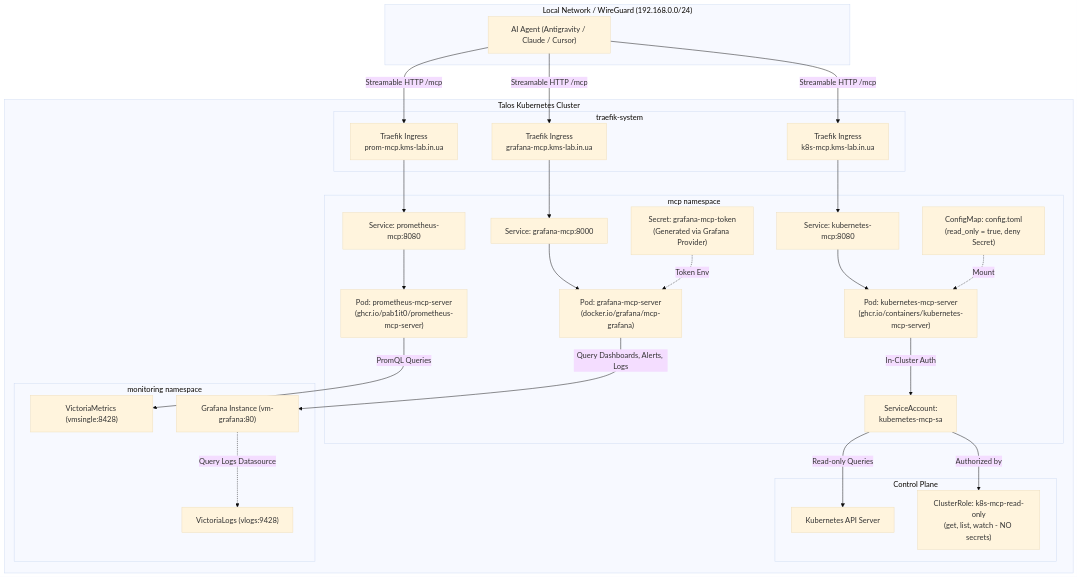
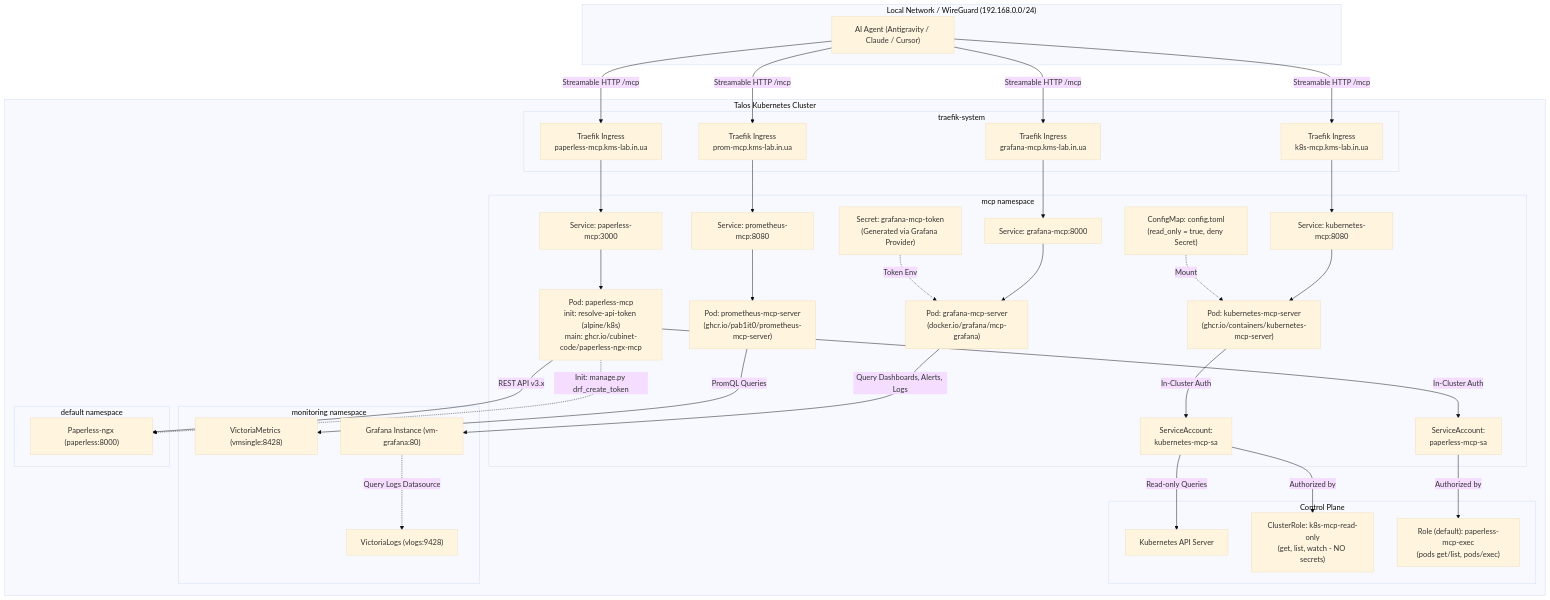
One commit to reidMaks/test changed the diagram in docs/architecture/032-in-cluster-mcp-servers.md. Above: the diagram before and after it, drawn with Mermaid (base theme). The commit also changed other lines of this file and 8 other files, not shown here.

Commit message:
feat(paperless): add in-cluster MCP server and limit OCR threads to prevent OOM

````diff
--- a/docs/architecture/032-in-cluster-mcp-servers.md
+++ b/docs/architecture/032-in-cluster-mcp-servers.md
@@ -63,57 +70,74 @@
 ```mermaid
 flowchart TD
     subgraph LAN ["Local Network / WireGuard (192.168.0.0/24)"]
         Agent["AI Agent (Antigravity / Claude / Cursor)"]
     end
 
     subgraph Cluster ["Talos Kubernetes Cluster"]
         subgraph TraefikSys ["traefik-system"]
             IngressK8s["Traefik Ingress\nk8s-mcp.kms-lab.in.ua"]
             IngressProm["Traefik Ingress\nprom-mcp.kms-lab.in.ua"]
             IngressGraf["Traefik Ingress\ngrafana-mcp.kms-lab.in.ua"]
+            IngressPaper["Traefik Ingress\npaperless-mcp.kms-lab.in.ua"]
         end
 
         subgraph MCPNS ["mcp namespace"]
             K8sService["Service: kubernetes-mcp:8080"]
             K8sPod["Pod: kubernetes-mcp-server\n(ghcr.io/containers/kubernetes-mcp-server)"]
             ConfigMap["ConfigMap: config.toml\n(read_only = true, deny Secret)"]
             SA["ServiceAccount:\nkubernetes-mcp-sa"]
 
             PromService["Service: prometheus-mcp:8080"]
             PromPod["Pod: prometheus-mcp-server\n(ghcr.io/pab1it0/prometheus-mcp-server)"]
 
             GrafService["Service: grafana-mcp:8000"]
             GrafPod["Pod: grafana-mcp-server\n(docker.io/grafana/mcp-grafana)"]
             GrafSecret["Secret: grafana-mcp-token\n(Generated via Grafana Provider)"]
+
+            PaperService["Service: paperless-mcp:3000"]
+            PaperPod["Pod: paperless-mcp\ninit: resolve-api-token (alpine/k8s)\nmain: ghcr.io/cubinet-code/paperless-ngx-mcp"]
+            PaperSA["ServiceAccount:\npaperless-mcp-sa"]
         end
 
         subgraph K8sAPI ["Control Plane"]
             APIServer["Kubernetes API Server"]
             ClusterRole["ClusterRole: k8s-mcp-read-only\n(get, list, watch - NO secrets)"]
+            PaperRole["Role (default): paperless-mcp-exec\n(pods get/list, pods/exec)"]
         end
 
         subgraph MonitoringNS ["monitoring namespace"]
             VMSingle["VictoriaMetrics (vmsingle:8428)"]
             Grafana["Grafana Instance (vm-grafana:80)"]
             VLogs["VictoriaLogs (vlogs:9428)"]
         end
+
+        subgraph DefaultNS ["default namespace"]
+            Paperless["Paperless-ngx (paperless:8000)"]
+        end
     end
 
     Agent -->|Streamable HTTP /mcp| IngressK8s
     Agent -->|Streamable HTTP /mcp| IngressProm
     Agent -->|Streamable HTTP /mcp| IngressGraf
+    Agent -->|Streamable HTTP /mcp| IngressPaper
 
     IngressK8s --> K8sService --> K8sPod
     ConfigMap -.->|Mount| K8sPod
     K8sPod -->|In-Cluster Auth| SA
     SA -->|Authorized by| ClusterRole
     SA -->|Read-only Queries| APIServer
 
     IngressProm --> PromService --> PromPod
     PromPod -->|PromQL Queries| VMSingle
 
     IngressGraf --> GrafService --> GrafPod
     GrafSecret -.->|Token Env| GrafPod
     GrafPod -->|Query Dashboards, Alerts, Logs| Grafana
     Grafana -.->|Query Logs Datasource| VLogs
+
+    IngressPaper --> PaperService --> PaperPod
+    PaperPod -->|In-Cluster Auth| PaperSA
+    PaperSA -->|Authorized by| PaperRole
+    PaperPod -.->|Init: manage.py drf_create_token| Paperless
+    PaperPod -->|REST API v3.x| Paperless
 ```
````
